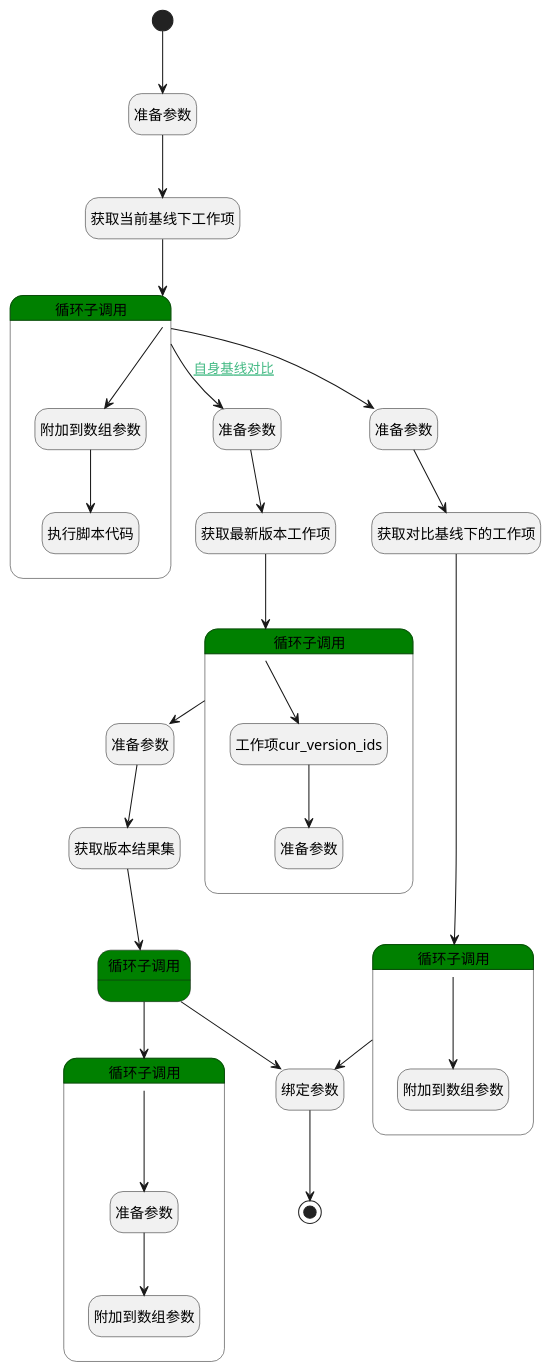
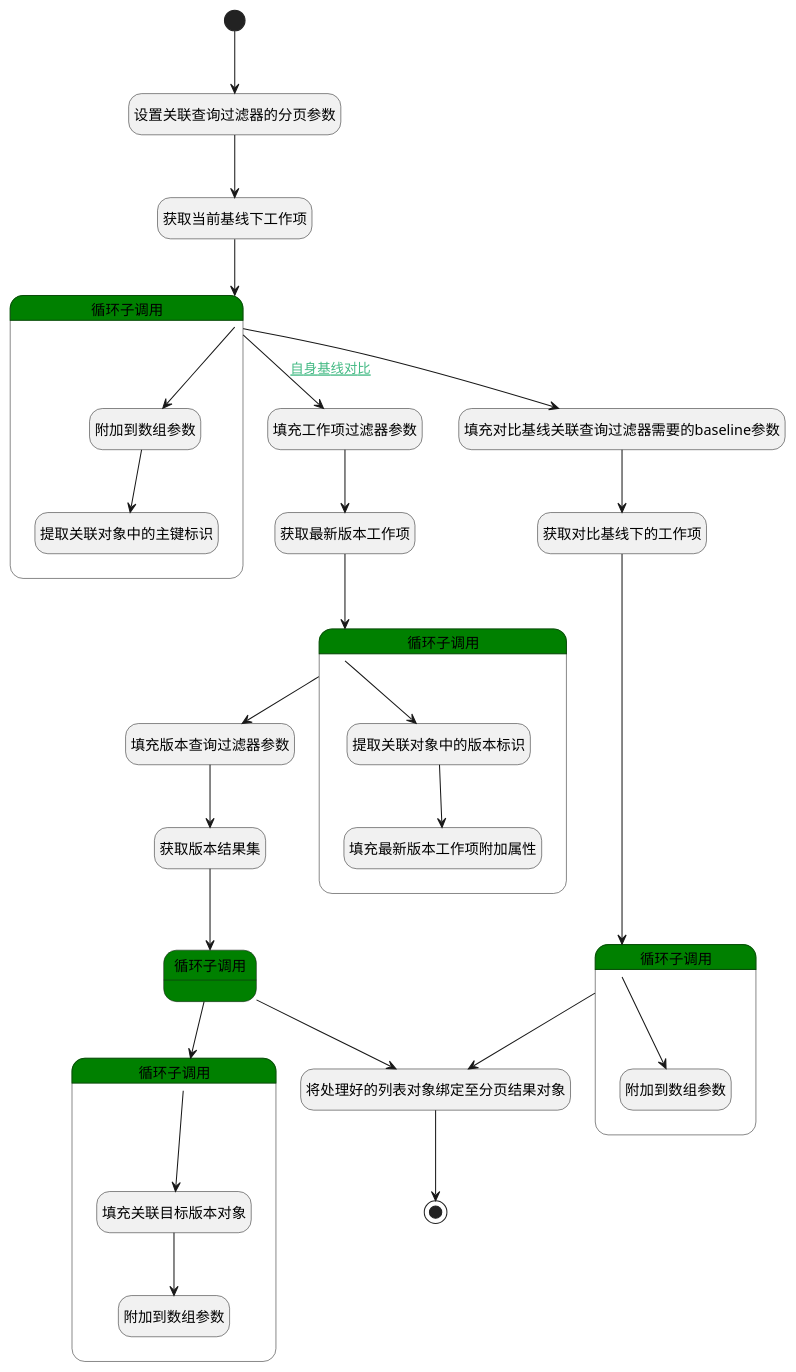
Before and after one commit to iBizLab/plm: the diagram in doc/docsify/module/ProjMgmt/baseline_work_item/logic/baseline_comparison.md, drawn with PlantUML. The commit also changed other lines of this file and 1068 other files, not shown here.

````diff
--- a/doc/docsify/module/ProjMgmt/baseline_work_item/logic/baseline_comparison.md
+++ b/doc/docsify/module/ProjMgmt/baseline_work_item/logic/baseline_comparison.md
@@ -7,67 +7,67 @@
 ```plantuml
 @startuml
 hide empty description
 <style>
 root {
   HyperlinkColor #42b983
 }
 </style>
 
 hide empty description
 state "开始" as Begin <<start>> [[$./baseline_comparison#begin {"开始"}]]
-state "准备参数" as PREPAREPARAM2  [[$./baseline_comparison#prepareparam2 {"准备参数"}]]
+state "设置关联查询过滤器的分页参数" as PREPAREPARAM2  [[$./baseline_comparison#prepareparam2 {"设置关联查询过滤器的分页参数"}]]
 state "获取当前基线下工作项" as DEDATASET1  [[$./baseline_comparison#dedataset1 {"获取当前基线下工作项"}]]
-state "准备参数" as PREPAREPARAM3  [[$./baseline_comparison#prepareparam3 {"准备参数"}]]
-state "准备参数" as PREPAREPARAM1  [[$./baseline_comparison#prepareparam1 {"准备参数"}]]
+state "填充工作项过滤器参数" as PREPAREPARAM3  [[$./baseline_comparison#prepareparam3 {"填充工作项过滤器参数"}]]
+state "填充对比基线关联查询过滤器需要的baseline参数" as PREPAREPARAM1  [[$./baseline_comparison#prepareparam1 {"填充对比基线关联查询过滤器需要的baseline参数"}]]
 state "获取对比基线下的工作项" as DEDATASET2  [[$./baseline_comparison#dedataset2 {"获取对比基线下的工作项"}]]
 state "获取最新版本工作项" as DEDATASET3  [[$./baseline_comparison#dedataset3 {"获取最新版本工作项"}]]
-state "准备参数" as PREPAREPARAM5  [[$./baseline_comparison#prepareparam5 {"准备参数"}]]
-state "绑定参数" as BINDPARAM1  [[$./baseline_comparison#bindparam1 {"绑定参数"}]]
+state "填充版本查询过滤器参数" as PREPAREPARAM5  [[$./baseline_comparison#prepareparam5 {"填充版本查询过滤器参数"}]]
+state "将处理好的列表对象绑定至分页结果对象" as BINDPARAM1  [[$./baseline_comparison#bindparam1 {"将处理好的列表对象绑定至分页结果对象"}]]
 state "获取版本结果集" as DEDATASET4  [[$./baseline_comparison#dedataset4 {"获取版本结果集"}]]
 state "结束" as END1 <<end>> [[$./baseline_comparison#end1 {"结束"}]]
 state "循环子调用" as LOOPSUBCALL1  [[$./baseline_comparison#loopsubcall1 {"循环子调用"}]] #green {
 state "附加到数组参数" as APPENDPARAM2  [[$./baseline_comparison#appendparam2 {"附加到数组参数"}]]
-state "执行脚本代码" as RAWSFCODE1  [[$./baseline_comparison#rawsfcode1 {"执行脚本代码"}]]
+state "提取关联对象中的主键标识" as RAWSFCODE1  [[$./baseline_comparison#rawsfcode1 {"提取关联对象中的主键标识"}]]
 }
 state "循环子调用" as LOOPSUBCALL2  [[$./baseline_comparison#loopsubcall2 {"循环子调用"}]] #green {
 state "附加到数组参数" as APPENDPARAM3  [[$./baseline_comparison#appendparam3 {"附加到数组参数"}]]
 }
 state "循环子调用" as LOOPSUBCALL3  [[$./baseline_comparison#loopsubcall3 {"循环子调用"}]] #green {
-state "工作项cur_version_ids" as RAWSFCODE2  [[$./baseline_comparison#rawsfcode2 {"工作项cur_version_ids"}]]
-state "准备参数" as PREPAREPARAM7  [[$./baseline_comparison#prepareparam7 {"准备参数"}]]
+state "提取关联对象中的版本标识" as RAWSFCODE2  [[$./baseline_comparison#rawsfcode2 {"提取关联对象中的版本标识"}]]
+state "填充最新版本工作项附加属性" as PREPAREPARAM7  [[$./baseline_comparison#prepareparam7 {"填充最新版本工作项附加属性"}]]
 }
 state "循环子调用" as LOOPSUBCALL4  [[$./baseline_comparison#loopsubcall4 {"循环子调用"}]] #green {
 }
 state "循环子调用" as LOOPSUBCALL5  [[$./baseline_comparison#loopsubcall5 {"循环子调用"}]] #green {
-state "准备参数" as PREPAREPARAM6  [[$./baseline_comparison#prepareparam6 {"准备参数"}]]
+state "填充关联目标版本对象" as PREPAREPARAM6  [[$./baseline_comparison#prepareparam6 {"填充关联目标版本对象"}]]
 state "附加到数组参数" as APPENDPARAM4  [[$./baseline_comparison#appendparam4 {"附加到数组参数"}]]
 }
 
 
 Begin --> PREPAREPARAM2
 PREPAREPARAM2 --> DEDATASET1
 DEDATASET1 --> LOOPSUBCALL1
 LOOPSUBCALL1 --> PREPAREPARAM1
 PREPAREPARAM1 --> DEDATASET2
 DEDATASET2 --> LOOPSUBCALL2
 LOOPSUBCALL2 --> BINDPARAM1
 BINDPARAM1 --> END1
 LOOPSUBCALL2 --> APPENDPARAM3
 LOOPSUBCALL1 --> APPENDPARAM2
 APPENDPARAM2 --> RAWSFCODE1
 LOOPSUBCALL1 --> PREPAREPARAM3 : [[$./baseline_comparison#loopsubcall1-prepareparam3{自身基线对比} 自身基线对比]]
 PREPAREPARAM3 --> DEDATASET3
 DEDATASET3 --> LOOPSUBCALL3
 LOOPSUBCALL3 --> RAWSFCODE2
 RAWSFCODE2 --> PREPAREPARAM7
 LOOPSUBCALL3 --> PREPAREPARAM5
 PREPAREPARAM5 --> DEDATASET4
 DEDATASET4 --> LOOPSUBCALL4
 LOOPSUBCALL4 --> LOOPSUBCALL5
 LOOPSUBCALL5 --> PREPAREPARAM6
 PREPAREPARAM6 --> APPENDPARAM4
 LOOPSUBCALL4 --> BINDPARAM1
 
 
 @enduml
 ```
````
